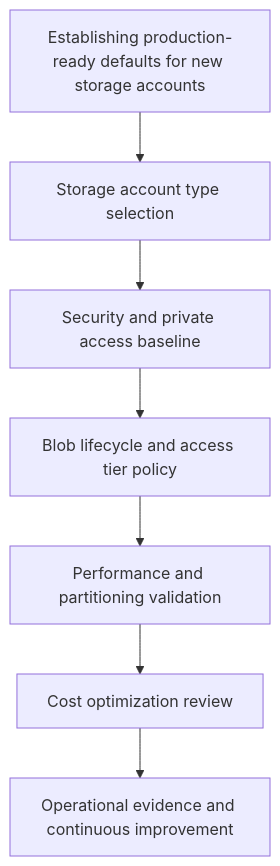
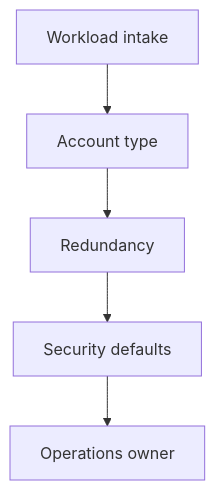
One commit to yeongseon/azure-storage-practical-guide changed the diagram in docs/best-practices/storage-account-design-baseline.md. Above: the diagram before and after it, drawn with Mermaid. The commit also changed other lines of this file and 90 other files, not shown here.

````diff
--- a/docs/best-practices/storage-account-design-baseline.md
+++ b/docs/best-practices/storage-account-design-baseline.md
@@ -32,9 +30,12 @@
 ```mermaid
 flowchart TD
-    A[Establishing production-ready defaults for new storage accounts] --> B[Storage account type selection]
-    B --> C[Security and private access baseline]
-    C --> D[Blob lifecycle and access tier policy]
-    D --> E[Performance and partitioning validation]
-    E --> F[Cost optimization review]
-    F --> G[Operational evidence and continuous improvement]
+    A[Workload intake]
+    B[Account type]
+    A --> B
+    C[Redundancy]
+    B --> C
+    D[Security defaults]
+    C --> D
+    E[Operations owner]
+    D --> E
 ```
````
